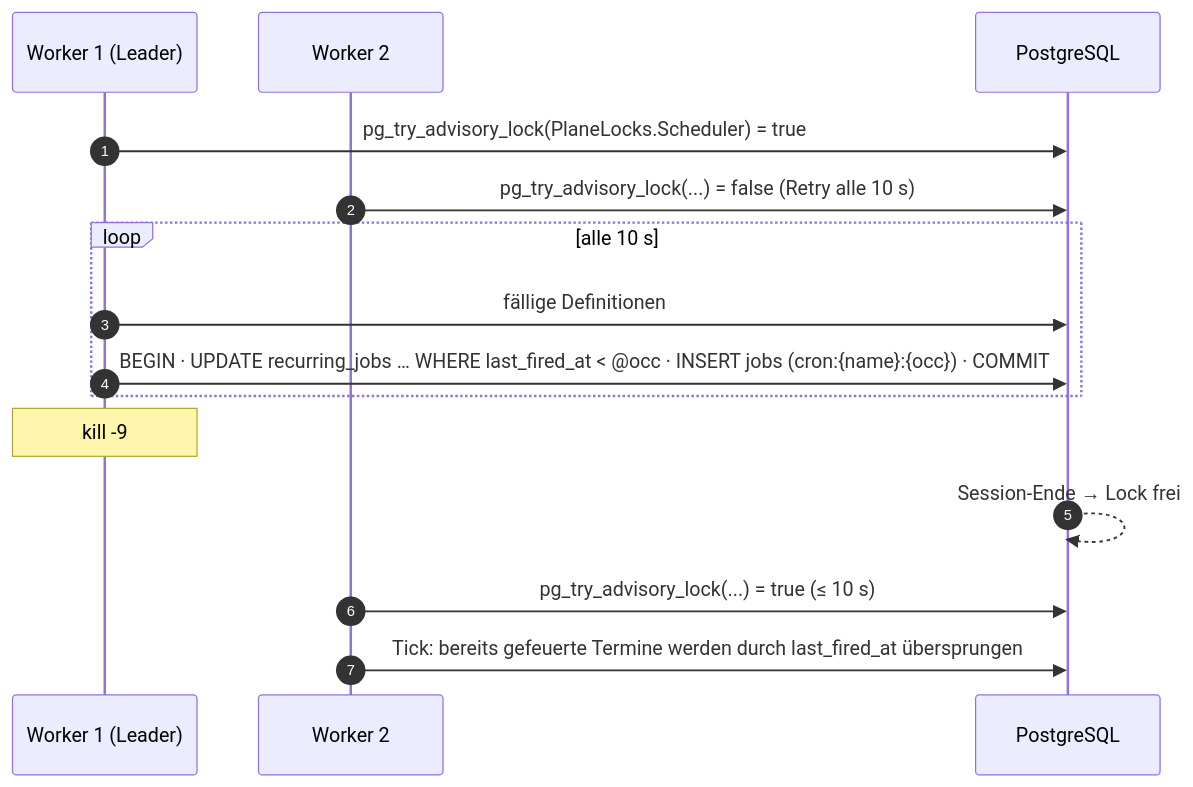
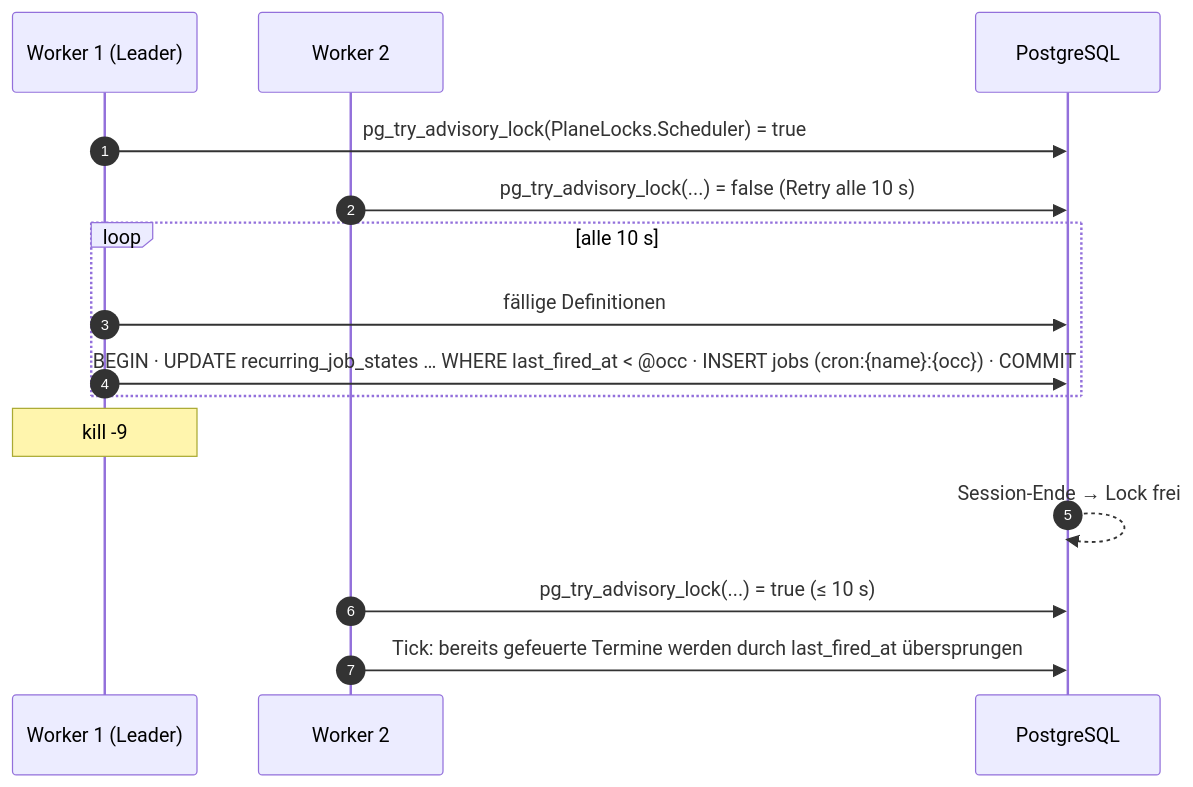
Before and after one commit to mlwr/plane: the third of 5 diagrams in migration/architecture/06-hintergrundjobs-events-benachrichtigungen.md, drawn with Mermaid. The commit also changed other lines of this file and 18 other files, not shown here.

First line of the commit message:
docs(migration): second alignment round and funk. branding across architecture docs

````diff
--- a/migration/architecture/06-hintergrundjobs-events-benachrichtigungen.md
+++ b/migration/architecture/06-hintergrundjobs-events-benachrichtigungen.md
@@ -397,17 +398,17 @@
 ```mermaid
 sequenceDiagram
   autonumber
   participant W1 as Worker 1 (Leader)
   participant W2 as Worker 2
   participant PG as PostgreSQL
   W1->>PG: pg_try_advisory_lock(PlaneLocks.Scheduler) = true
   W2->>PG: pg_try_advisory_lock(...) = false (Retry alle 10 s)
   loop alle 10 s
     W1->>PG: fällige Definitionen
-    W1->>PG: BEGIN · UPDATE recurring_jobs … WHERE last_fired_at < @occ · INSERT jobs (cron:{name}:{occ}) · COMMIT
+    W1->>PG: BEGIN · UPDATE recurring_job_states … WHERE last_fired_at < @occ · INSERT jobs (cron:{name}:{occ}) · COMMIT
   end
   Note over W1: kill -9
   PG-->>PG: Session-Ende → Lock frei
   W2->>PG: pg_try_advisory_lock(...) = true (≤ 10 s)
   W2->>PG: Tick: bereits gefeuerte Termine werden durch last_fired_at übersprungen
 ```
````
